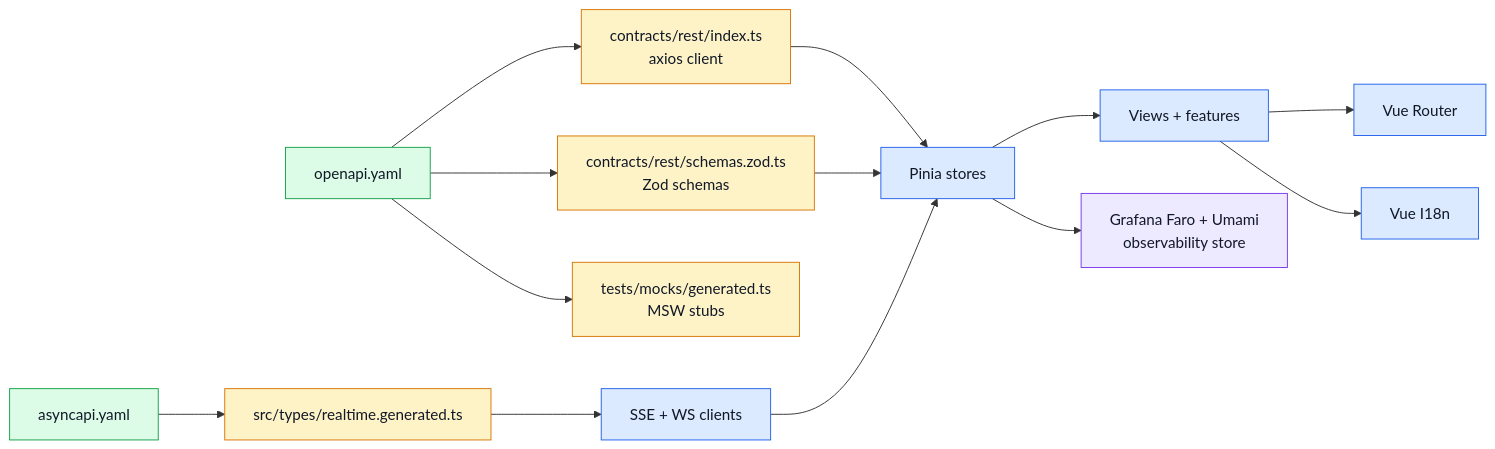
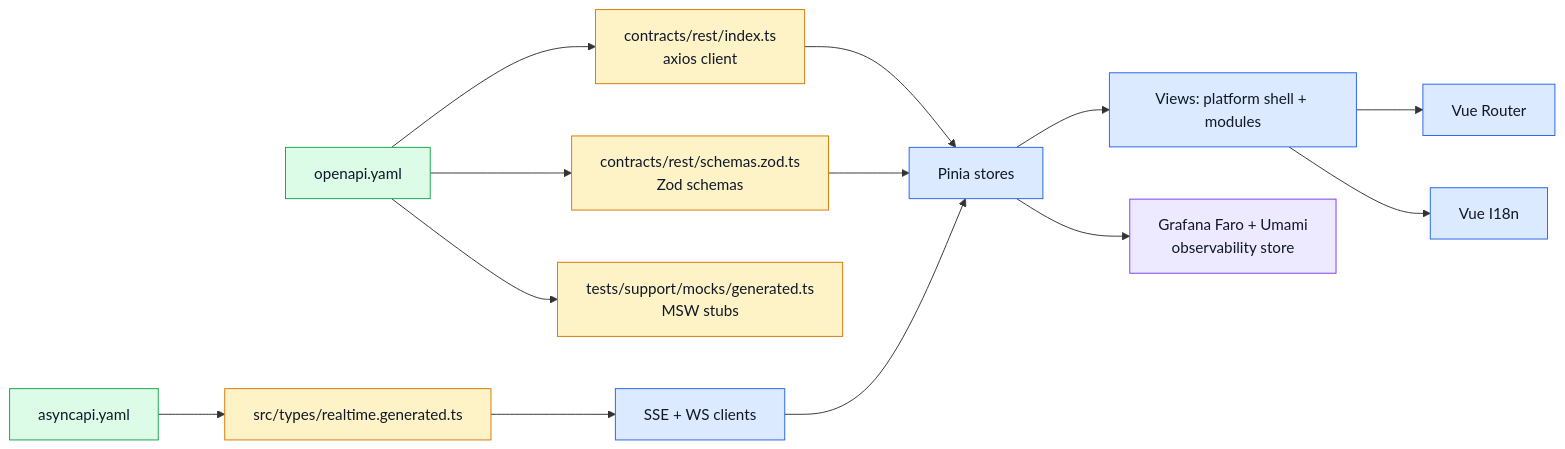
One commit to Guebbit/boilerplate-vue-frontend changed the second of 2 diagrams in docs/index.md. Above: the diagram before and after it, drawn with Mermaid. The commit also changed other lines of this file and 385 other files, not shown here.

First line of the commit message:
feat!: 2.0.0 — modular architecture, tiered substrate, contracts as backend output

````diff
--- a/docs/index.md
+++ b/docs/index.md
@@ -86,27 +88,27 @@
 ```mermaid
 %%{init: {'flowchart': {'nodeSpacing': 55, 'rankSpacing': 70}}}%%
 flowchart LR
     OpenSpec[openapi.yaml] --> Client[contracts/rest/index.ts\naxios client]
     OpenSpec --> Schemas[contracts/rest/schemas.zod.ts\nZod schemas]
-    OpenSpec --> Mocks[tests/mocks/generated.ts\nMSW stubs]
+    OpenSpec --> Mocks[tests/support/mocks/generated.ts\nMSW stubs]
     AsyncSpec[asyncapi.yaml] --> Realtime[src/types/realtime.generated.ts]
 
     Client --> Stores[Pinia stores]
     Schemas --> Stores
-    Stores --> Views[Views + features]
+    Stores --> Views[Views: platform shell + modules]
     Views --> Router[Vue Router]
     Views --> I18N[Vue I18n]
     Realtime --> RTClients[SSE + WS clients]
     RTClients --> Stores
 
     Stores --> Obs[Grafana Faro + Umami\nobservability store]
 
     classDef contract fill:#dcfce7,stroke:#16a34a,color:#111827;
     classDef generated fill:#fef3c7,stroke:#d97706,color:#111827;
     classDef app fill:#dbeafe,stroke:#2563eb,color:#111827;
     classDef obs fill:#ede9fe,stroke:#7c3aed,color:#111827;
     class OpenSpec,AsyncSpec contract;
     class Client,Schemas,Mocks,Realtime generated;
     class Stores,Views,Router,I18N,RTClients app;
     class Obs obs;
 ```
````
